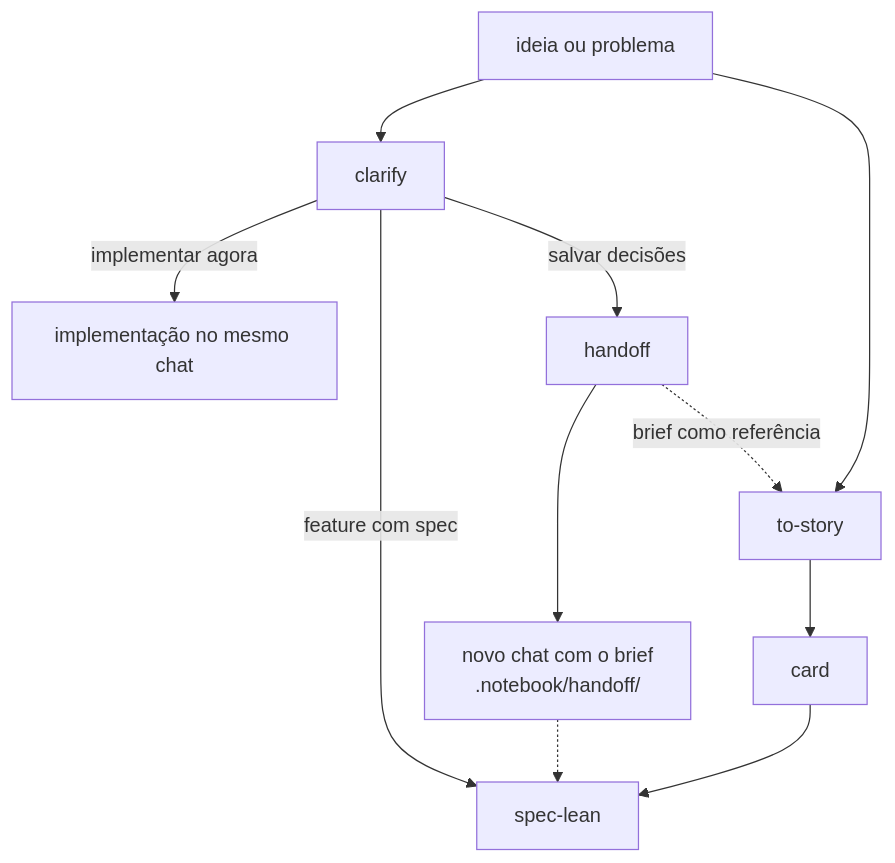
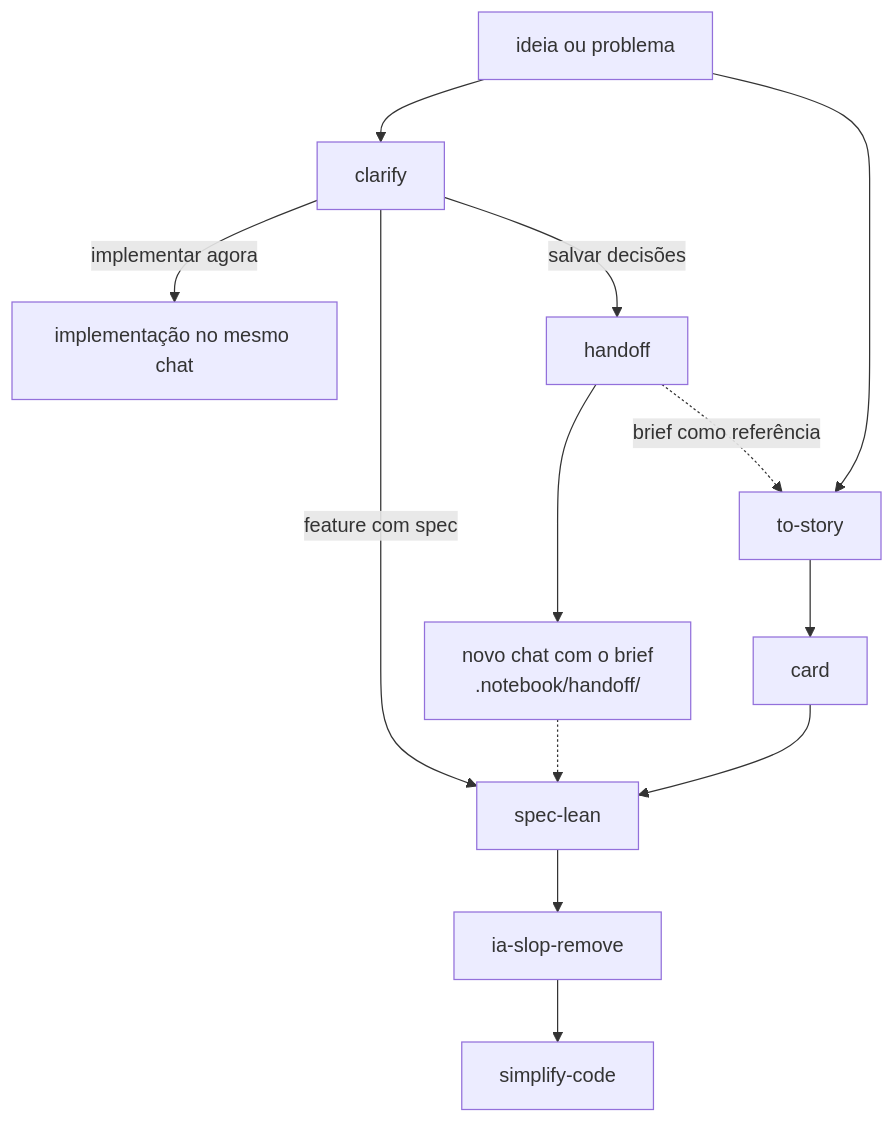
The diagram in README.md (leaofelipe/ia-stuff), drawn with Mermaid before and after one commit. The commit also changed other lines of this file and 2 other files, not shown here.

Commit message:
Add simplify-code, rename remove-ia-slop to ia-slop-remove, and move skill origins to a References section in the README.

````diff
--- a/README.md
+++ b/README.md
@@ -39,13 +40,15 @@
 ```mermaid
 flowchart TD
     ideia[ideia ou problema] --> clarify
     ideia --> story[to-story]
     clarify -->|implementar agora| impl[implementação no mesmo chat]
     clarify -->|feature com spec| spec[spec-lean]
     clarify -->|salvar decisões| handoff
     handoff --> novo["novo chat com o brief<br/>.notebook/handoff/"]
     novo -.-> spec
     handoff -.->|brief como referência| story
     story --> jira[card]
     jira --> spec
+    spec --> slop[ia-slop-remove]
+    slop --> simplify[simplify-code]
 ```
````
